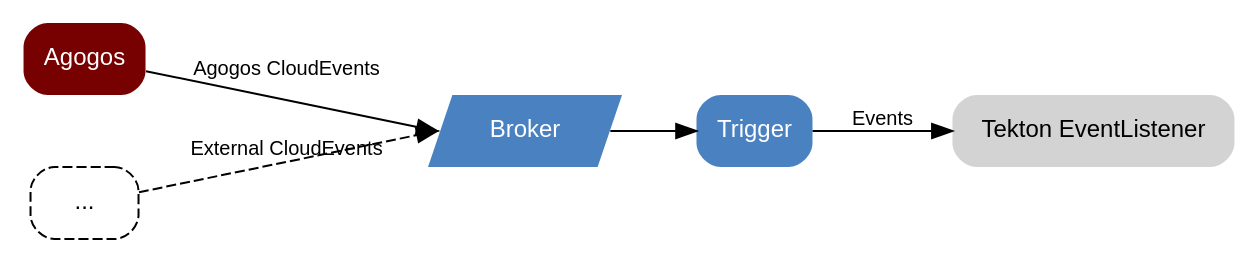
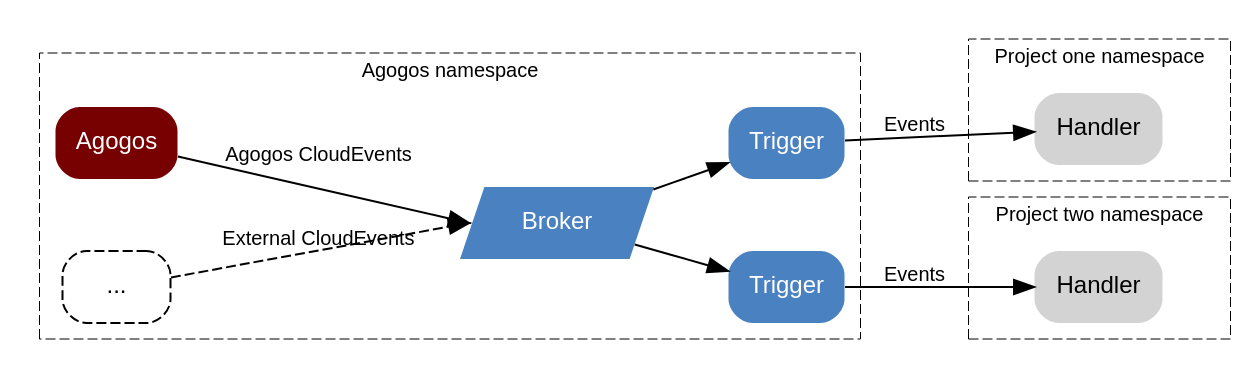
The diagram in docs/modules/architecture/pages/events/index.adoc (agogoscd/agogos), drawn with Graphviz before and after one commit. The commit also changed other lines of this file, not shown here.

Commit message:
docs(eventing): updated docs about events

```diff
--- a/docs/modules/architecture/pages/events/index.adoc
+++ b/docs/modules/architecture/pages/events/index.adoc
@@ -40,26 +43,49 @@
 [graphviz,eventing,svg]
 ....
 digraph G {
 splines="false";
 rankdir="LR";
+//layout=neato;
 graph [fontname="helvetica",ranksep=0.5,nodesep=0.5];
 node [fontname="helvetica",shape="box",style="rounded",fontsize="12"];
 edge [fontname="helvetica",arrowsize="1",penwidth="1",fontsize="10"];
 
 operator [style="filled,rounded",fillcolor="#770000",fontcolor="white",penwidth="0",label="Agogos"];
 other [label="...",style="dashed,rounded"];
 
 broker [style="filled",fillcolor="#4a81c0",fontcolor="white",penwidth="0",shape="polygon",sides=4,skew=".3",label="Broker"];
+knative_trigger_1 [style="filled,rounded",fillcolor="#4a81c0",fontcolor="white",penwidth="0",label="Trigger"]
+knative_trigger_2 [style="filled,rounded",fillcolor="#4a81c0",fontcolor="white",penwidth="0",label="Trigger"]
 
-tekton_trigger [style="filled,rounded",fillcolor="#4a81c0",fontcolor="white",penwidth="0",label="Trigger"]
+subgraph cluster_ns_agogos {
+    fontname="helvetica";penwidth="0.5";fontsize="10";style="dashed";
+    label="Agogos namespace";
+    operator;
+    other;
+    broker;
+    knative_trigger_1;
+    knative_trigger_2;
 
-tekton_el [style="filled,rounded",penwidth="0",label="Tekton EventListener"];
+    broker -> knative_trigger_1;
+    broker -> knative_trigger_2;
+}
+
+subgraph cluster_ns_project_1 {
+    fontname="helvetica";penwidth="0.5";fontsize="10";style="dashed";
+    tekton_el_1 [style="filled,rounded",penwidth="0",label="Handler"];
+    label="Project one namespace";
+}
+
+subgraph cluster_ns_project_2 {
+    fontname="helvetica";penwidth="0.5";fontsize="10";style="dashed";
+    tekton_el_2 [style="filled,rounded",penwidth="0",label="Handler"];
+    label="Project two namespace";
+}
 
 operator -> broker [headport="w",label="Agogos CloudEvents"];
 other -> broker [headport="w",label="External CloudEvents",style="dashed"];
 
-broker -> tekton_trigger;
-
-tekton_trigger -> tekton_el [label="Events"];
+knative_trigger_1 -> tekton_el_1 [label="Events"];
+knative_trigger_2 -> tekton_el_2 [label="Events"];
 }
 ....
```
